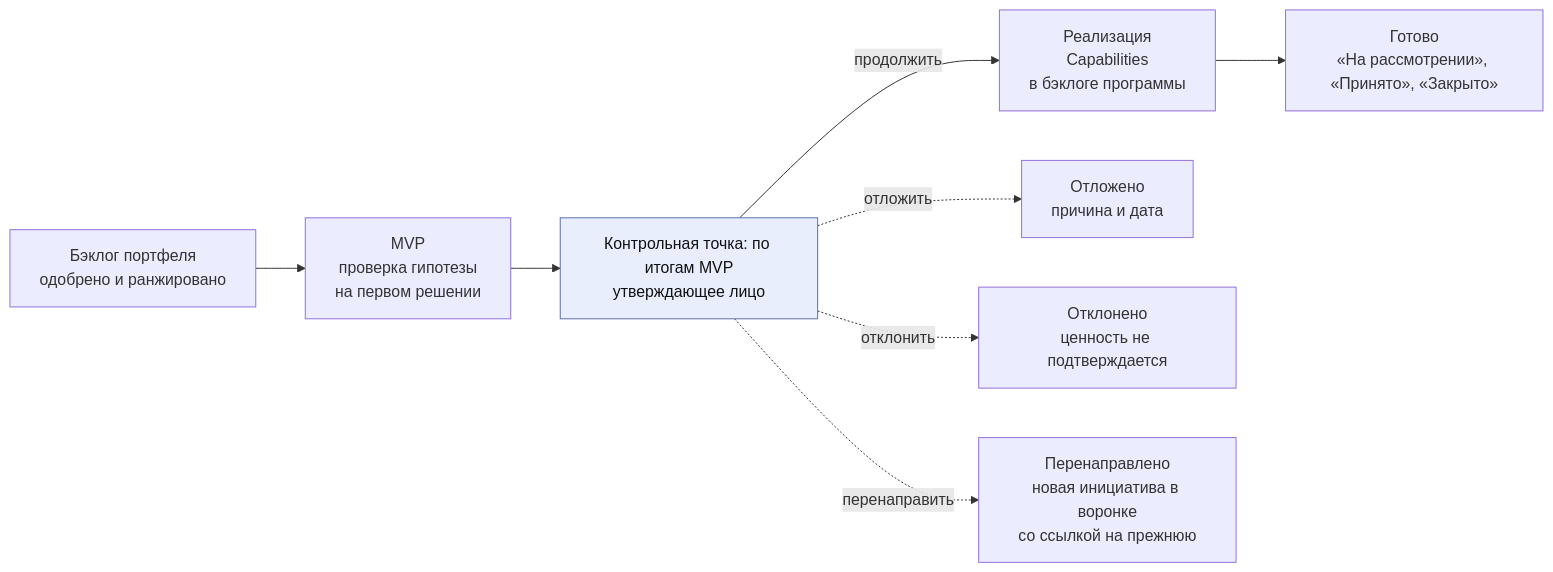
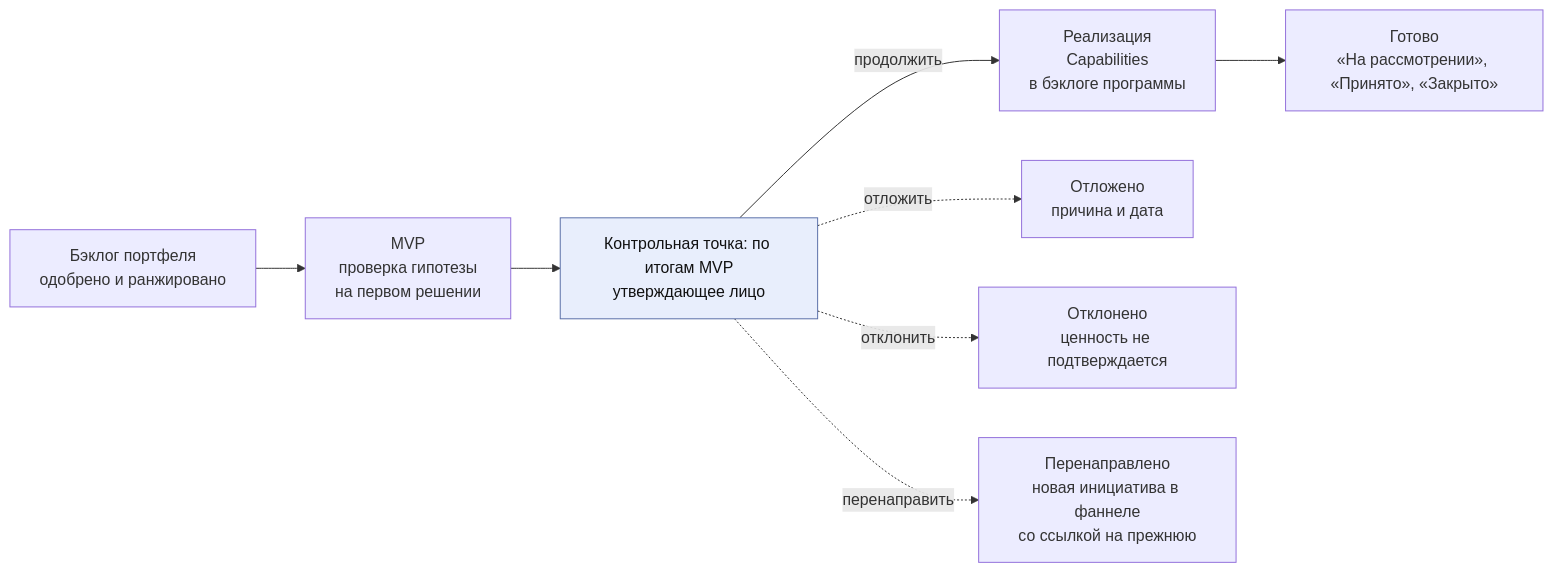
The fifth of 10 diagrams in charter/ru/workflows/service-delivery.md (devhogu/ob-aicc), drawn with Mermaid before and after one commit. The commit also changed other lines of this file and 96 other files, not shown here.

````diff
--- a/charter/ru/workflows/service-delivery.md
+++ b/charter/ru/workflows/service-delivery.md
@@ -109,12 +109,12 @@
 ```mermaid
 flowchart LR
   B["Бэклог портфеля<br/>одобрено и ранжировано"] --> M["MVP<br/>проверка гипотезы<br/>на первом решении"]
   M --> G2["Контрольная точка: по итогам MVP<br/>утверждающее лицо"]
   G2 -->|"продолжить"| I["Реализация<br/>Capabilities<br/>в бэклоге программы"]
   I --> Z["Готово<br/>«На рассмотрении», «Принято», «Закрыто»"]
   G2 -.->|"отложить"| DF["Отложено<br/>причина и дата"]
   G2 -.->|"отклонить"| RJ["Отклонено<br/>ценность не подтверждается"]
-  G2 -.->|"перенаправить"| PV["Перенаправлено<br/>новая инициатива в воронке<br/>со ссылкой на прежнюю"]
+  G2 -.->|"перенаправить"| PV["Перенаправлено<br/>новая инициатива в фаннеле<br/>со ссылкой на прежнюю"]
   classDef gate fill:#e8eefc,stroke:#5a6fa8,color:#111
   class G2 gate
 ```
````
